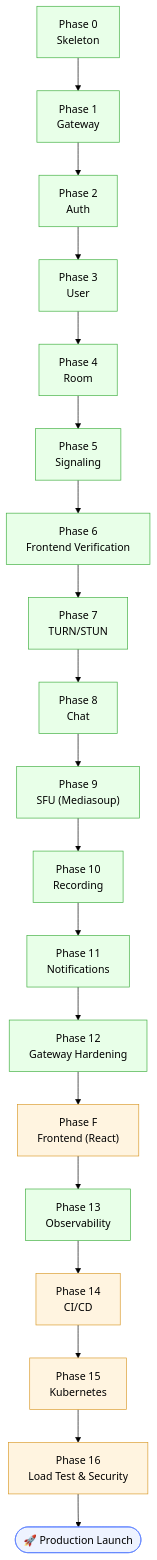
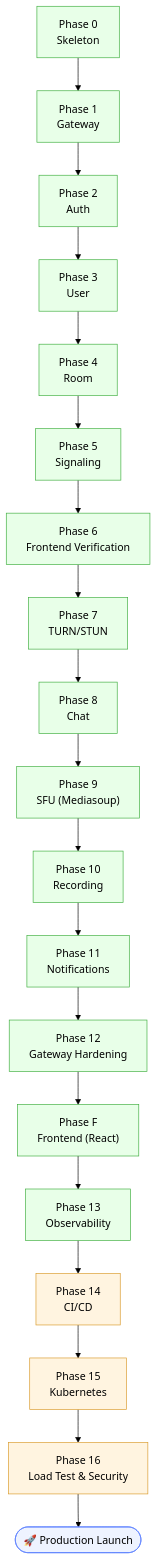
One commit to INDIAN-MEET/GOOGLE_MEET changed the ninth of 9 diagrams in STEP.MD. Above: the diagram before and after it, drawn with Mermaid (forest theme). The commit also changed other lines of this file and 4 other files, not shown here.

````diff
--- a/STEP.MD
+++ b/STEP.MD
@@ -406,41 +420,41 @@
 ```mermaid
 flowchart TD
     P0["Phase 0<br/>Skeleton"] --> P1["Phase 1<br/>Gateway"]
     P1 --> P2["Phase 2<br/>Auth"]
     P2 --> P3["Phase 3<br/>User"]
     P3 --> P4["Phase 4<br/>Room"]
     P4 --> P5["Phase 5<br/>Signaling"]
     P5 --> P6["Phase 6<br/>Frontend Verification"]
     P6 --> P7["Phase 7<br/>TURN/STUN"]
     P7 --> P8["Phase 8<br/>Chat"]
     P8 --> P9["Phase 9<br/>SFU (Mediasoup)"]
     P9 --> P10["Phase 10<br/>Recording"]
     P10 --> P11["Phase 11<br/>Notifications"]
     P11 --> P12["Phase 12<br/>Gateway Hardening"]
     P12 --> PF["Phase F<br/>Frontend (React)"]
     PF --> P13["Phase 13<br/>Observability"]
     P13 --> P14["Phase 14<br/>CI/CD"]
     P14 --> P15["Phase 15<br/>Kubernetes"]
     P15 --> P16["Phase 16<br/>Load Test & Security"]
     P16 --> Launch(["🚀 Production Launch"])
 
     style P0 fill:#e8ffe8,stroke:#3fae3f
     style P1 fill:#e8ffe8,stroke:#3fae3f
     style P2 fill:#e8ffe8,stroke:#3fae3f
     style P3 fill:#e8ffe8,stroke:#3fae3f
     style P4 fill:#e8ffe8,stroke:#3fae3f
     style P5 fill:#e8ffe8,stroke:#3fae3f
     style P6 fill:#e8ffe8,stroke:#3fae3f
     style P7 fill:#e8ffe8,stroke:#3fae3f
     style P8 fill:#e8ffe8,stroke:#3fae3f
     style P9 fill:#e8ffe8,stroke:#3fae3f
     style P10 fill:#e8ffe8,stroke:#3fae3f
     style P11 fill:#e8ffe8,stroke:#3fae3f
     style P12 fill:#e8ffe8,stroke:#3fae3f
-    style PF fill:#fff4e0,stroke:#d99a2b
+    style PF fill:#e8ffe8,stroke:#3fae3f
     style P13 fill:#e8ffe8,stroke:#3fae3f
     style P14 fill:#fff4e0,stroke:#d99a2b
     style P15 fill:#fff4e0,stroke:#d99a2b
     style P16 fill:#fff4e0,stroke:#d99a2b
     style Launch fill:#eef3ff,stroke:#5b7fff
 ```
````
